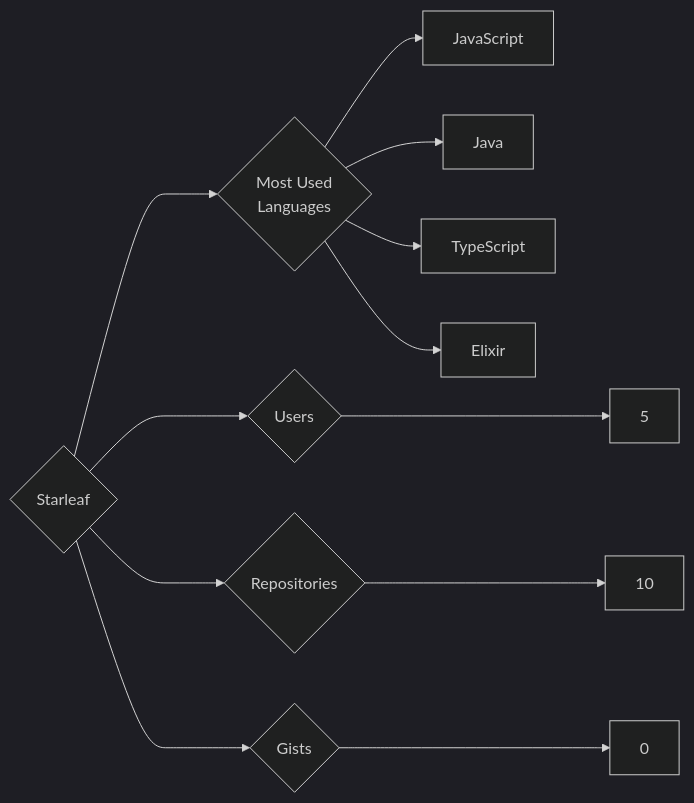
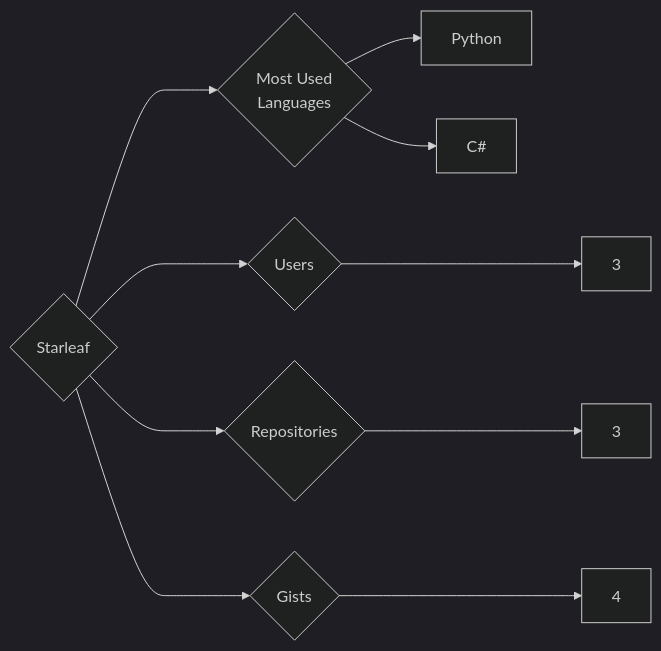
One commit to trickest/insiders changed the diagram in targets/Starleaf/README.md. Above: the diagram before and after it, drawn with Mermaid (dark theme). The commit also changed 997 other files, not shown here.

````diff
--- a/targets/Starleaf/README.md
+++ b/targets/Starleaf/README.md
@@ -3,12 +3,10 @@
 ```mermaid
 graph LR
 COMPANY_NAME{Starleaf}
-COMPANY_NAME ---> U{Users} ---> UN[5]
-COMPANY_NAME ---> R{Repositories} ---> RN[10]
-COMPANY_NAME ---> G{Gists} ---> GN[0]
+COMPANY_NAME ---> U{Users} ---> UN[3]
+COMPANY_NAME ---> R{Repositories} ---> RN[3]
+COMPANY_NAME ---> G{Gists} ---> GN[4]
 COMPANY_NAME ---> ML{Most Used<br>Languages}
-ML --> JavaScript
-ML --> Java
-ML --> TypeScript
-ML --> Elixir
+ML --> Python[Python]
+ML --> C#[C#]
 ```
````
